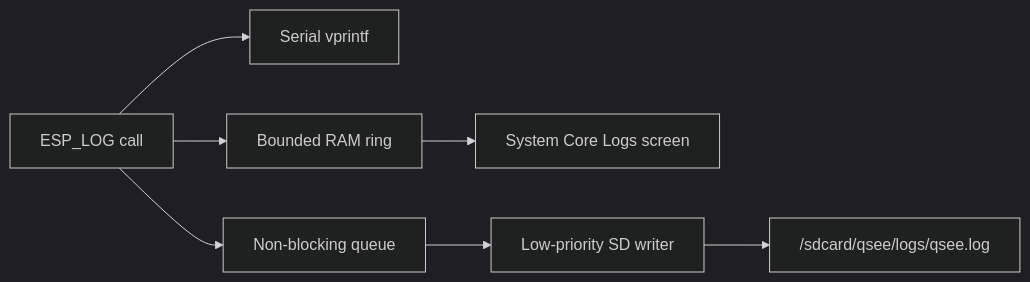
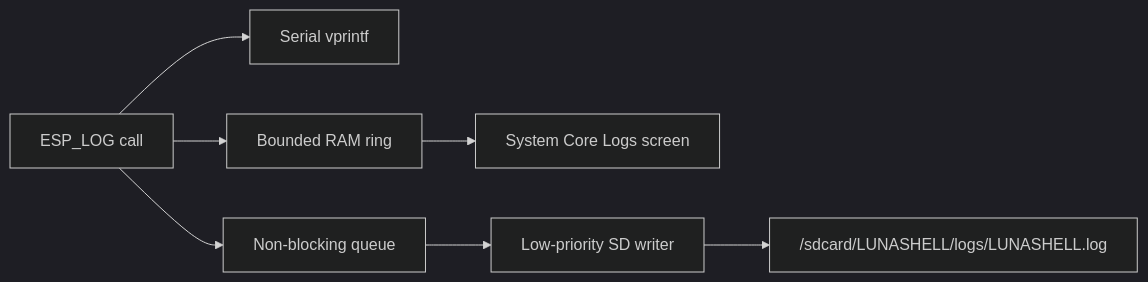
One commit to umbertotechnopreneur/esp32-luna-shell changed the first of 2 diagrams in docs/architecture/startup-and-logger.md. Above: the diagram before and after it, drawn with Mermaid (dark theme). The commit also changed other lines of this file and 268 other files, not shown here.

````diff
--- a/docs/architecture/startup-and-logger.md
+++ b/docs/architecture/startup-and-logger.md
@@ -6,9 +6,9 @@
 ```mermaid
 flowchart LR
     A["ESP_LOG call"] --> B["Serial vprintf"]
     A --> C["Bounded RAM ring"]
     A --> D["Non-blocking queue"]
     C --> E["System Core Logs screen"]
     D --> F["Low-priority SD writer"]
-    F --> G["/sdcard/qsee/logs/qsee.log"]
+    F --> G["/sdcard/LUNASHELL/logs/LUNASHELL.log"]
 ```
````
